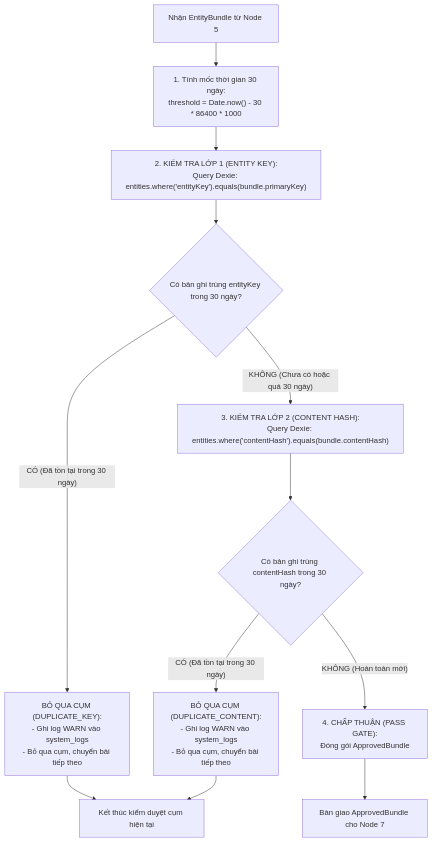
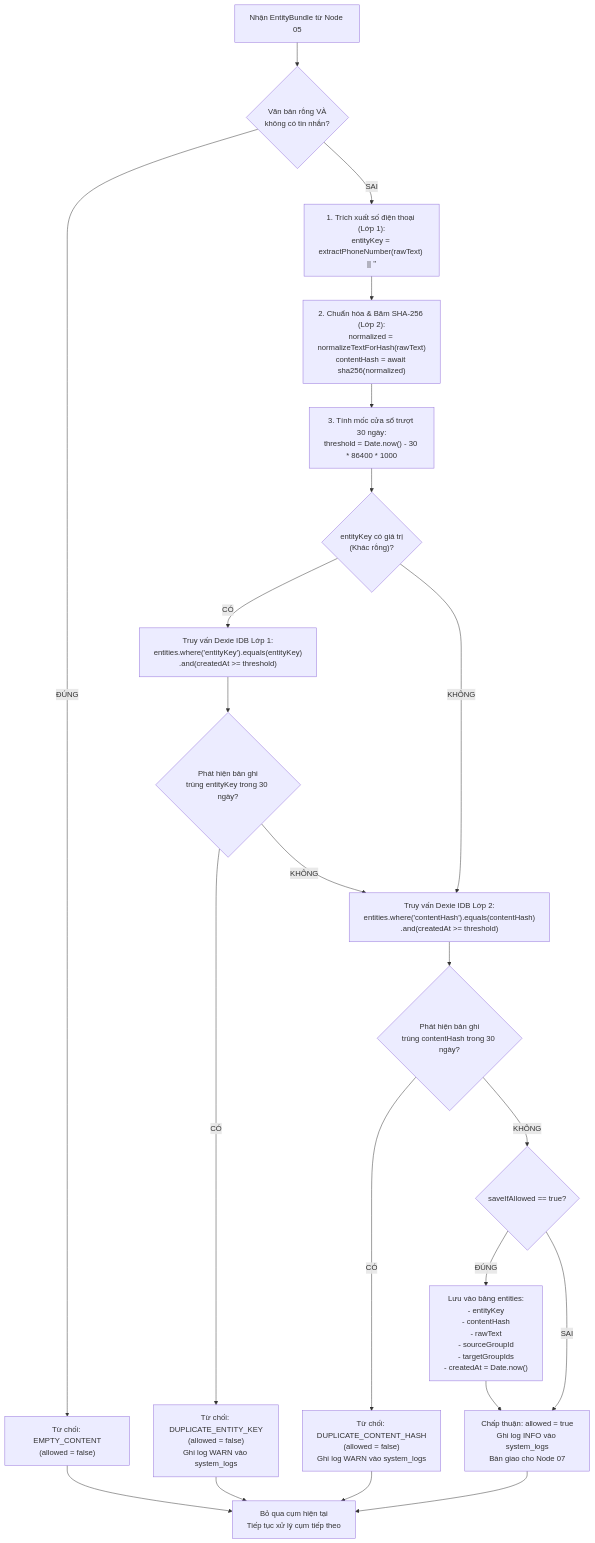
Before and after one commit to vuthuonghai-steve/auto-rep-zalo: the first of 2 diagrams in Docs/Start-node/06_validation_deduplication_gate_node.md, drawn with Mermaid. The commit also changed other lines of this file and 10 other files, not shown here.

Commit message:
docs(start-node): standardize 10-node SDD specs with AI-first baseline and portable relative links

````diff
--- a/Docs/Start-node/06_validation_deduplication_gate_node.md
+++ b/Docs/Start-node/06_validation_deduplication_gate_node.md
@@ -79,22 +94,36 @@
 ```mermaid
 flowchart TD
-    ReceiveBundle["Nhận EntityBundle từ Node 5"] --> CalcThreshold["1. Tính mốc thời gian 30 ngày:\nthreshold = Date.now() - 30 * 86400 * 1000"]
+    Start["Nhận EntityBundle từ Node 05"] --> CheckEmpty{"Văn bản rỗng VÀ\nkhông có tin nhắn?"}
     
-    CalcThreshold --> CheckTier1["2. KIỂM TRA LỚP 1 (ENTITY KEY):\nQuery Dexie: entities.where('entityKey').equals(bundle.primaryKey)"]
+    CheckEmpty -- "ĐÚNG" --> RejectEmpty["Từ chối: EMPTY_CONTENT\n(allowed = false)"]
+    CheckEmpty -- "SAI" --> Step1["1. Trích xuất số điện thoại (Lớp 1):\nentityKey = extractPhoneNumber(rawText) || ''"]
     
-    CheckTier1 --> HasKeyMatch{"Có bản ghi trùng entityKey trong 30 ngày?"}
+    Step1 --> Step2["2. Chuẩn hóa & Băm SHA-256 (Lớp 2):\nnormalized = normalizeTextForHash(rawText)\ncontentHash = await sha256(normalized)"]
     
-    HasKeyMatch -- "CÓ (Đã tồn tại trong 30 ngày)" --> RejectTier1["BỎ QUA CỤM (DUPLICATE_KEY):\n- Ghi log WARN vào system_logs\n- Bỏ qua cụm, chuyển bài tiếp theo"]
+    Step2 --> CalcThreshold["3. Tính mốc cửa sổ trượt 30 ngày:\nthreshold = Date.now() - 30 * 86400 * 1000"]
     
-    HasKeyMatch -- "KHÔNG (Chưa có hoặc quá 30 ngày)" --> CheckTier2["3. KIỂM TRA LỚP 2 (CONTENT HASH):\nQuery Dexie: entities.where('contentHash').equals(bundle.contentHash)"]
+    CalcThreshold --> CheckL1{"entityKey có giá trị\n(Khác rỗng)?"}
     
-    CheckTier2 --> HasHashMatch{"Có bản ghi trùng contentHash trong 30 ngày?"}
+    CheckL1 -- "CÓ" --> QueryL1["Truy vấn Dexie IDB Lớp 1:\nentities.where('entityKey').equals(entityKey)\n.and(createdAt >= threshold)"]
+    CheckL1 -- "KHÔNG" --> CheckL2
     
-    HasHashMatch -- "CÓ (Đã tồn tại trong 30 ngày)" --> RejectTier2["BỎ QUA CỤM (DUPLICATE_CONTENT):\n- Ghi log WARN vào system_logs\n- Bỏ qua cụm, chuyển bài tiếp theo"]
+    QueryL1 --> MatchL1{"Phát hiện bản ghi\ntrùng entityKey trong 30 ngày?"}
+    MatchL1 -- "CÓ" --> RejectL1["Từ chối: DUPLICATE_ENTITY_KEY\n(allowed = false)\nGhi log WARN vào system_logs"]
+    MatchL1 -- "KHÔNG" --> CheckL2
     
-    HasHashMatch -- "KHÔNG (Hoàn toàn mới)" --> Approve["4. CHẤP THUẬN (PASS GATE):\nĐóng gói ApprovedBundle"]
+    CheckL2["Truy vấn Dexie IDB Lớp 2:\nentities.where('contentHash').equals(contentHash)\n.and(createdAt >= threshold)"]
     
-    Approve --> EmitNode7["Bàn giao ApprovedBundle cho Node 7"]
-    RejectTier1 --> EndCycle["Kết thúc kiểm duyệt cụm hiện tại"]
-    RejectTier2 --> EndCycle
+    CheckL2 --> MatchL2{"Phát hiện bản ghi\ntrùng contentHash trong 30 ngày?"}
+    MatchL2 -- "CÓ" --> RejectL2["Từ chối: DUPLICATE_CONTENT_HASH\n(allowed = false)\nGhi log WARN vào system_logs"]
+    MatchL2 -- "KHÔNG" --> PassGate{"saveIfAllowed == true?"}
+    
+    PassGate -- "ĐÚNG" --> SaveIDB["Lưu vào bảng entities:\n- entityKey\n- contentHash\n- rawText\n- sourceGroupId\n- targetGroupIds\n- createdAt = Date.now()"]
+    PassGate -- "SAI" --> EmitApproved
+    
+    SaveIDB --> EmitApproved["Chấp thuận: allowed = true\nGhi log INFO vào system_logs\nBàn giao cho Node 07"]
+    
+    RejectEmpty --> EndCycle["Bỏ qua cụm hiện tại\nTiếp tục xử lý cụm tiếp theo"]
+    RejectL1 --> EndCycle
+    RejectL2 --> EndCycle
+    EmitApproved --> EndCycle
 ```
````
